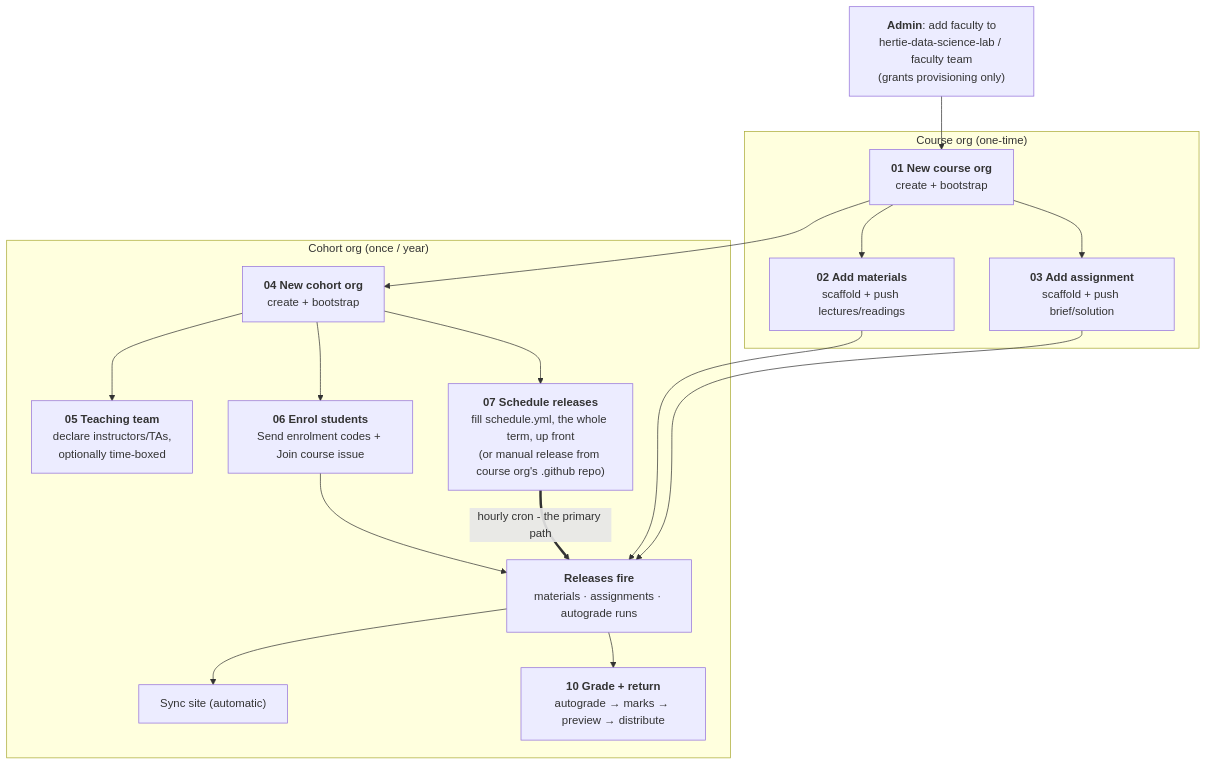
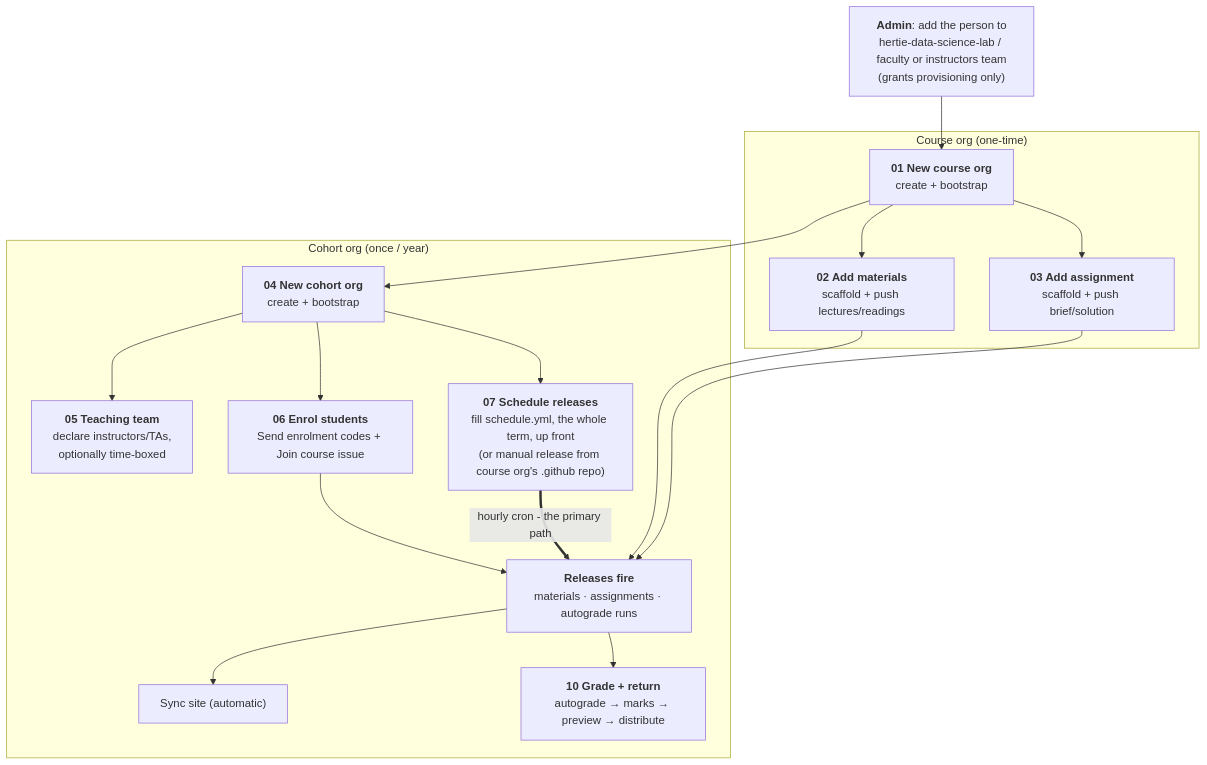
One commit to hertie-data-science-lab/dsl-teaching-course-setup changed the diagram in docs/README.md. Above: the diagram before and after it, drawn with Mermaid. The commit also changed 6 other files, not shown here.

First line of the commit message:
feat(access): add a central instructors team to the provisioning gate

````diff
--- a/docs/README.md
+++ b/docs/README.md
@@ -17,46 +17,46 @@
 ```mermaid
 flowchart TD
-  A["`**Admin**: add faculty to
-hertie-data-science-lab / faculty team
+  A["`**Admin**: add the person to
+hertie-data-science-lab / faculty or instructors team
 (grants provisioning only)`"] --> B
 
   subgraph COURSE["Course org (one-time)"]
     B["`**01 New course org**
 create + bootstrap`"]
     C["`**02 Add materials**
 scaffold + push lectures/readings`"]
     D["`**03 Add assignment**
 scaffold + push brief/solution`"]
     B --> C
     B --> D
   end
 
   subgraph COHORT["Cohort org (once / year)"]
     E["`**04 New cohort org**
 create + bootstrap`"]
     T["`**05 Teaching team**
 declare instructors/TAs,
 optionally time-boxed`"]
     F["`**06 Enrol students**
 Send enrolment codes + Join course issue`"]
     S["`**07 Schedule releases**
 fill schedule.yml, the whole term, up front
 (or manual release from course org's .github repo)`"]
     G["`**Releases fire**
 materials · assignments · autograde runs`"]
     I["Sync site (automatic)"]
     J["`**10 Grade + return**
 autograde → marks → preview → distribute`"]
     E --> T
     E --> F
     E --> S
     F --> G
     S ==>|"hourly cron - the primary path"| G
     G --> I
     G --> J
   end
 
   B --> E
   C --> G
   D --> G
 ```
````
